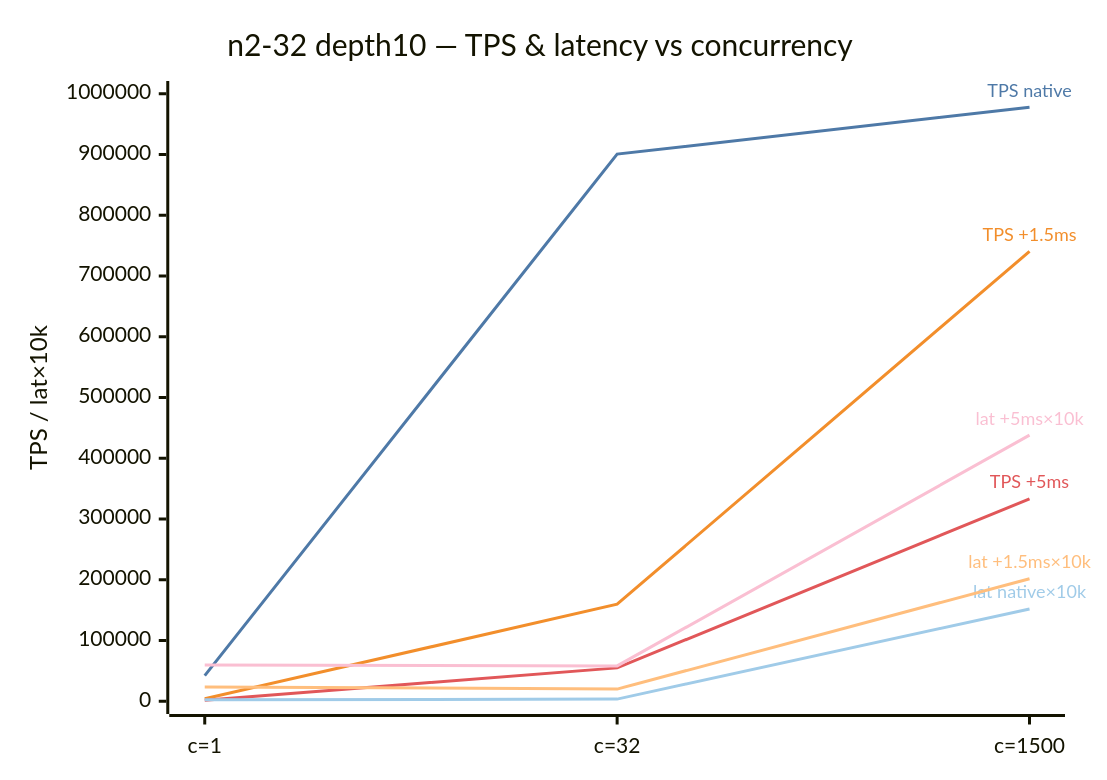
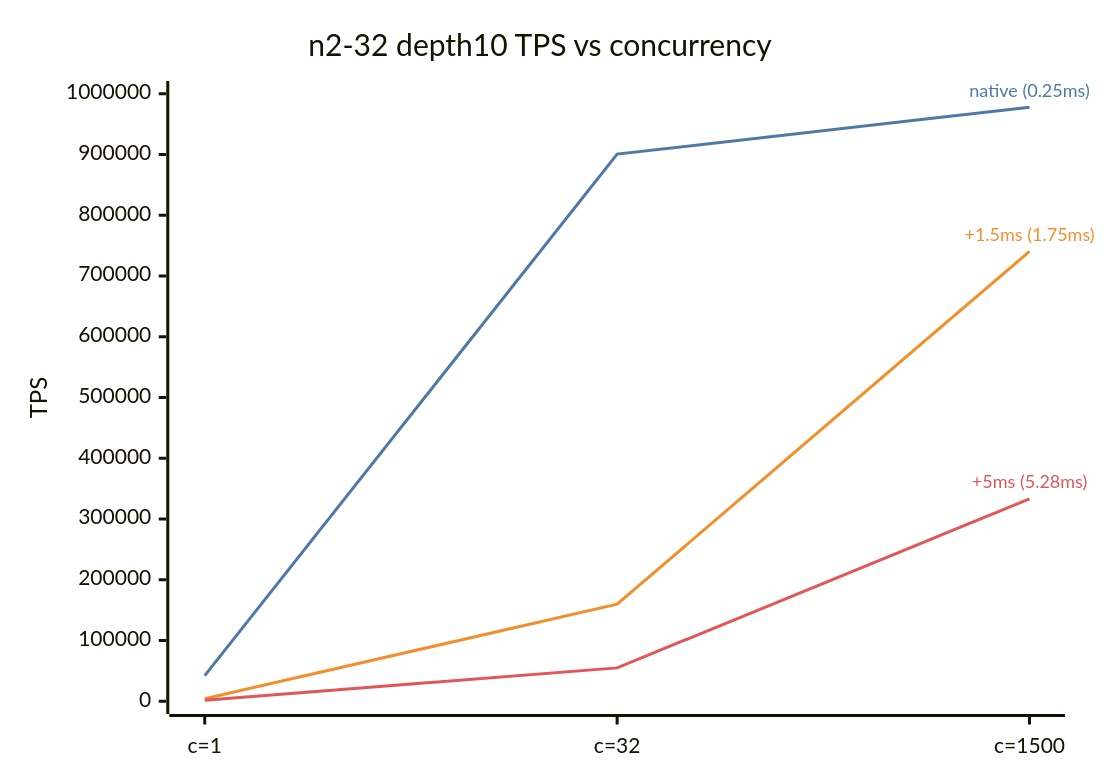
Before and after one commit to SpareCores/sc-db-benchmark-tmp: diagram 58 of 59 in RESULTS.md, drawn with Mermaid. The commit also changed other lines of this file, not shown here.

````diff
--- a/RESULTS.md
+++ b/RESULTS.md
@@ -2194,18 +2192,15 @@
 ```mermaid
 ---
 config:
   themeVariables:
     xyChart:
-      plotColorPalette: "#4e79a7, #f28e2b, #e15759, #a0cbe8, #ffbe7d, #fabfd2"
+      plotColorPalette: "#4e79a7, #f28e2b, #e15759"
 ---
 xychart-beta
-    title "n2-32 depth10 — TPS & latency vs concurrency"
+    title "n2-32 depth10 TPS vs concurrency"
     x-axis ["c=1", "c=32", "c=1500"]
-    y-axis "TPS / lat×10k" 0 --> 1000000
-    line "TPS native" [42131, 900631, 977796 "TPS native"]
-    line "TPS +1.5ms" [4243, 159743, 740577 "TPS +1.5ms"]
-    line "TPS +5ms" [1676, 54931, 333194 "TPS +5ms"]
-    line "lat native×10k" [2370, 3550, 152000 "lat native×10k"]
-    line "lat +1.5ms×10k" [23600, 20000, 201700 "lat +1.5ms×10k"]
-    line "lat +5ms×10k" [59700, 58200, 438000 "lat +5ms×10k"]
+    y-axis "TPS" 0 --> 1000000
+    line "native (0.25ms)" [42131, 900631, 977796 "native (0.25ms)"]
+    line "+1.5ms (1.75ms)" [4243, 159743, 740577 "+1.5ms (1.75ms)"]
+    line "+5ms (5.28ms)" [1676, 54931, 333194 "+5ms (5.28ms)"]
 ```
````
